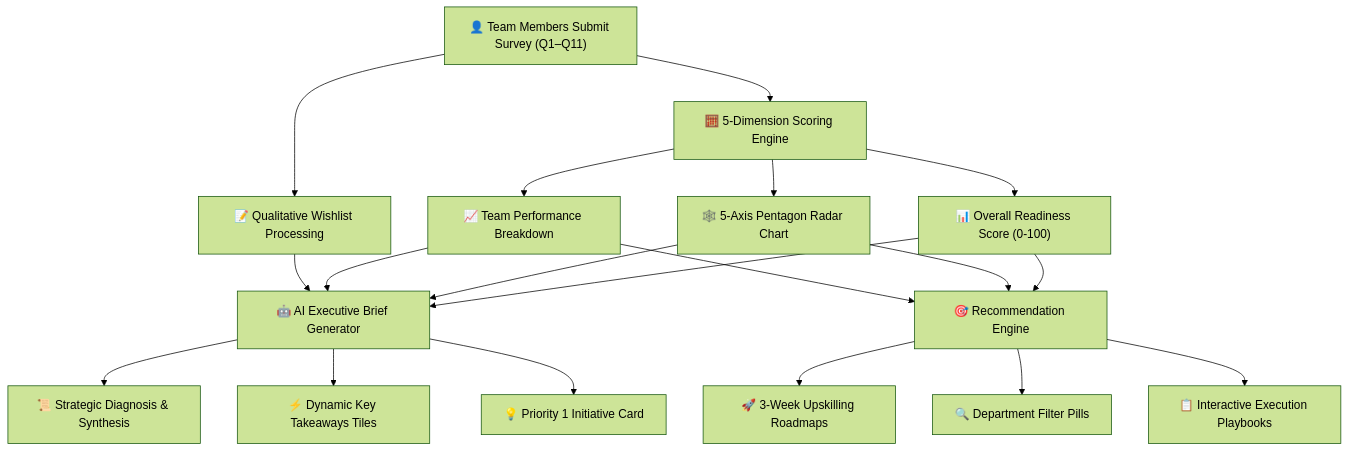
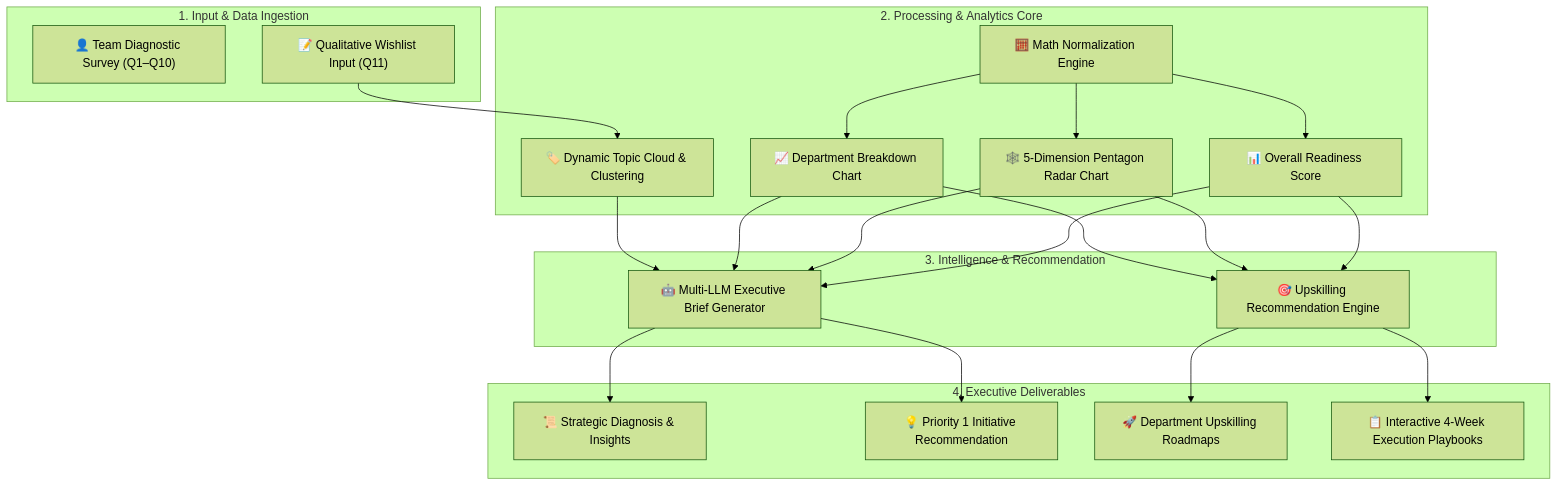
The first of 2 diagrams in README.md (NTRajapaksha/ai-readiness), drawn with Mermaid (forest theme) before and after one commit.

Commit message:
fix: Architecture flow upgrade

````diff
--- a/README.md
+++ b/README.md
@@ -48,20 +48,26 @@
 ```mermaid
 flowchart TD
-    A["👤 Team Members Submit Survey (Q1–Q11)"] --> B["🧮 5-Dimension Scoring Engine"]
-    B --> C1["📊 Overall Readiness Score (0-100)"]
-    B --> C2["🕸️ 5-Axis Pentagon Radar Chart"]
-    B --> C3["📈 Team Performance Breakdown"]
-    
-    A --> D["📝 Qualitative Wishlist Processing"]
-    
-    C1 & C2 & C3 & D --> E["🤖 AI Executive Brief Generator"]
-    C1 & C2 & C3 --> F["🎯 Recommendation Engine"]
-    
-    E --> G1["📜 Strategic Diagnosis & Synthesis"]
-    E --> G2["⚡ Dynamic Key Takeaways Tiles"]
-    E --> G3["💡 Priority 1 Initiative Card"]
-    
-    F --> H1["🚀 3-Week Upskilling Roadmaps"]
-    F --> H2["🔍 Department Filter Pills"]
-    F --> H3["📋 Interactive Execution Playbooks"]
+    subgraph Layer1 ["1. Input & Data Ingestion"]
+        A["👤 Team Diagnostic Survey (Q1–Q10)"]
+        D["📝 Qualitative Wishlist Input (Q11)"]
+    end
+
+    subgraph Layer2 ["2. Processing & Analytics Core"]
+        B["🧮 Math Normalization Engine"] --> C1["📊 Overall Readiness Score"]
+        B --> C2["🕸️ 5-Dimension Pentagon Radar Chart"]
+        B --> C3["📈 Department Breakdown Chart"]
+        D --> C4["🏷️ Dynamic Topic Cloud & Clustering"]
+    end
+
+    subgraph Layer3 ["3. Intelligence & Recommendation"]
+        C1 & C2 & C3 & C4 --> E["🤖 Multi-LLM Executive Brief Generator"]
+        C1 & C2 & C3 --> F["🎯 Upskilling Recommendation Engine"]
+    end
+
+    subgraph Layer4 ["4. Executive Deliverables"]
+        E --> G1["📜 Strategic Diagnosis & Insights"]
+        E --> G2["💡 Priority 1 Initiative Recommendation"]
+        F --> H1["🚀 Department Upskilling Roadmaps"]
+        F --> H2["📋 Interactive 4-Week Execution Playbooks"]
+    end
 ```
````
